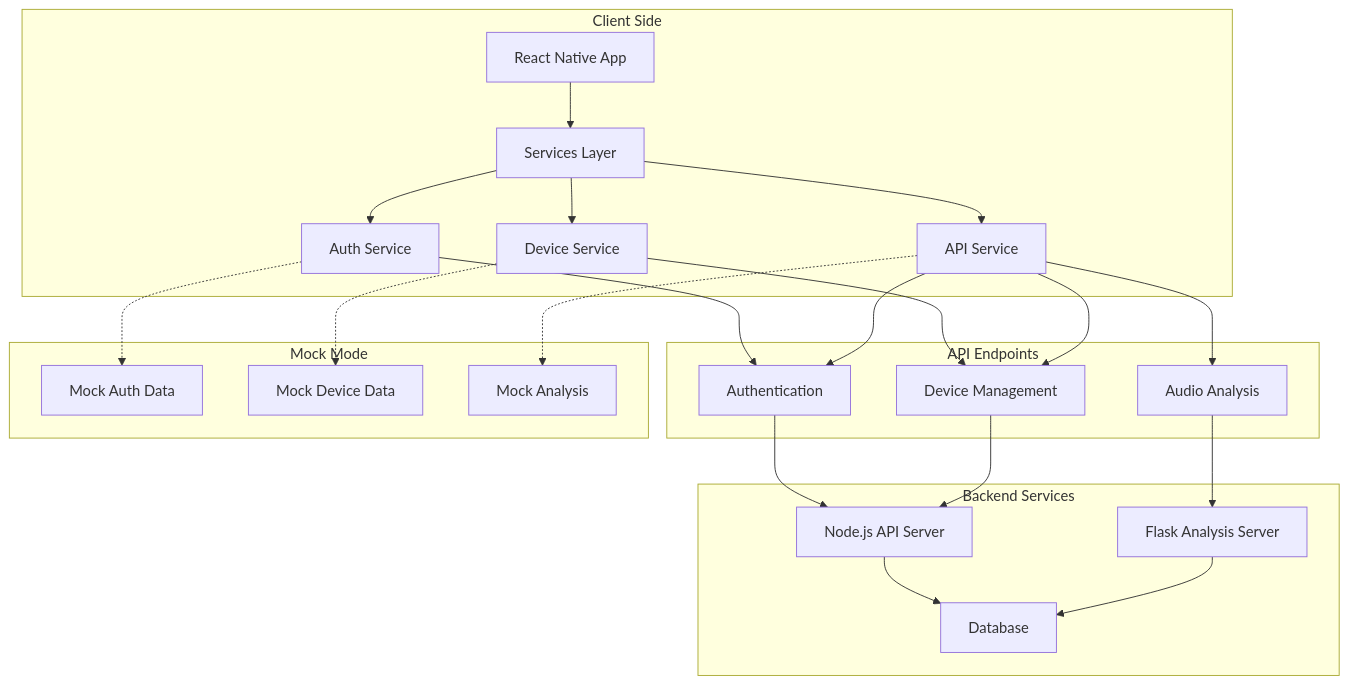
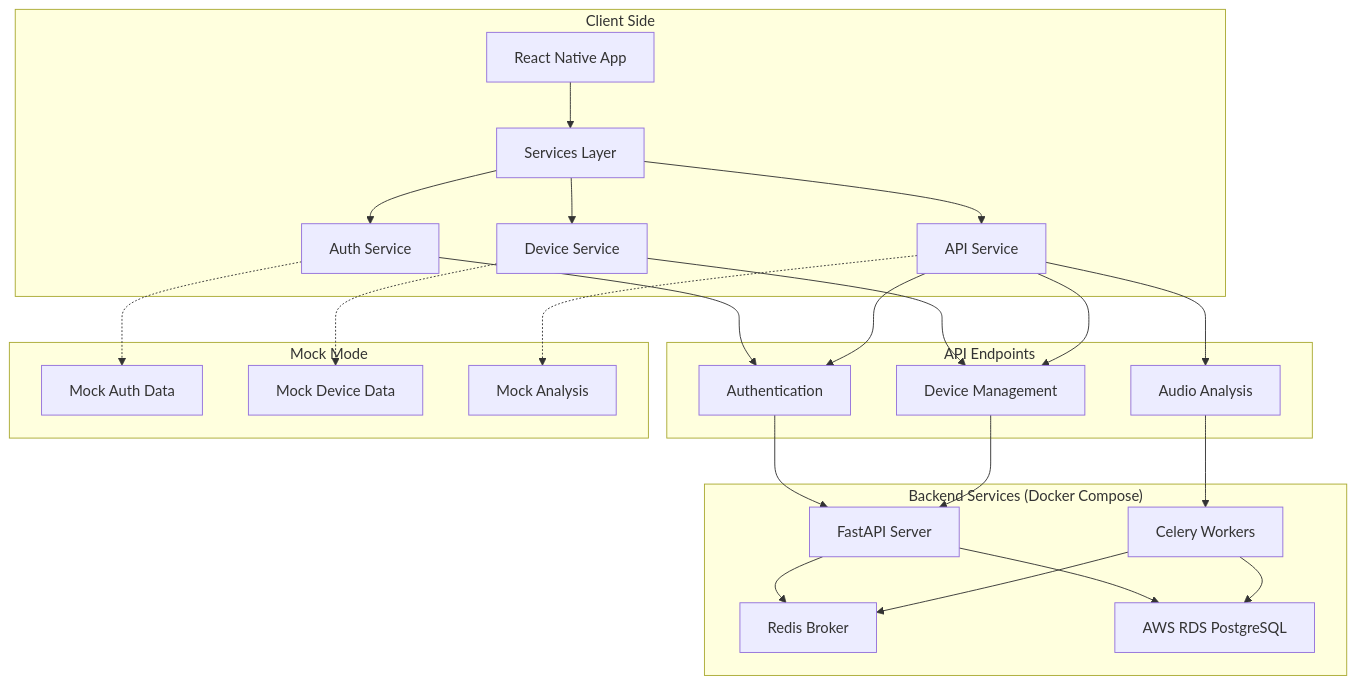
One commit to kimjuyoung1127/signalcraftapp changed the ninth of 15 diagrams in docs/architecture.md. Above: the diagram before and after it, drawn with Mermaid. The commit also changed other lines of this file and 23 other files, not shown here.

````diff
--- a/docs/architecture.md
+++ b/docs/architecture.md
@@ -230,43 +287,46 @@
 ```mermaid
 graph TB
     subgraph "Client Side"
         A[React Native App] --> B[Services Layer]
         B --> C[Auth Service]
         B --> D[Device Service]
         B --> E[API Service]
     end
-    
+
     subgraph "API Endpoints"
         F[Authentication]
         G[Device Management]
         H[Audio Analysis]
     end
-    
+
     subgraph "Mock Mode"
         I[Mock Auth Data]
         J[Mock Device Data]
         K[Mock Analysis]
     end
-    
+
     C --> F
     D --> G
     E --> F
     E --> G
     E --> H
-    
+
     C -.-> I
     D -.-> J
     E -.-> K
-    
-    subgraph "Backend Services"
-        L[Node.js API Server]
-        M[Flask Analysis Server]
-        N[Database]
+
+    subgraph "Backend Services (Docker Compose)"
+        L[FastAPI Server]
+        M[Celery Workers]
+        N[Redis Broker]
+        O[AWS RDS PostgreSQL]
     end
-    
+
     F --> L
     G --> L
     H --> M
     L --> N
     M --> N
+    L --> O
+    M --> O
 ```
````
